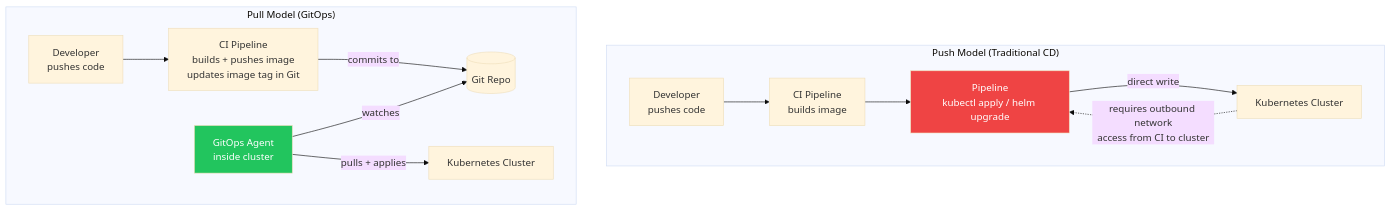
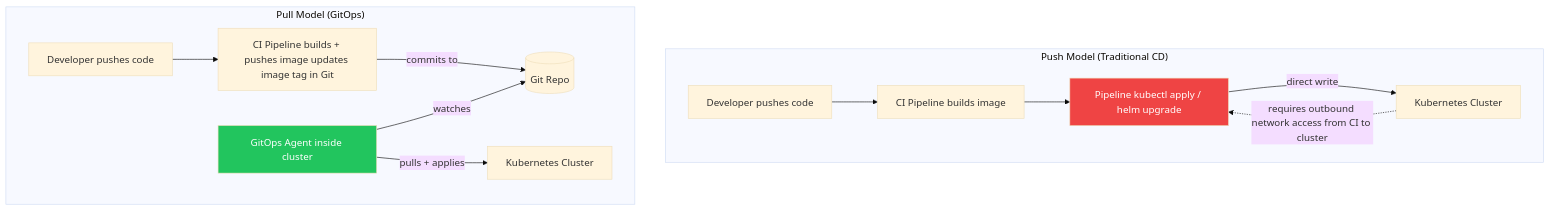
One commit to UncleJS/course_k3s changed the second of 4 diagrams in 11_gitops/01_gitops_concepts.md. Above: the diagram before and after it, drawn with Mermaid (base theme). The commit also changed other lines of this file and 57 other files, not shown here.

````diff
--- a/11_gitops/01_gitops_concepts.md
+++ b/11_gitops/01_gitops_concepts.md
@@ -96,21 +96,21 @@
 ```mermaid
 flowchart TD
     subgraph Push["Push Model (Traditional CD)"]
         direction LR
-        DEV1[Developer\npushes code] --> CI1[CI Pipeline\nbuilds image]
-        CI1 --> PUSH[Pipeline\nkubectl apply / helm upgrade]
+        DEV1[Developer pushes code] --> CI1[CI Pipeline builds image]
+        CI1 --> PUSH[Pipeline kubectl apply / helm upgrade]
         PUSH -->|direct write| K8S1[Kubernetes Cluster]
-        K8S1 -.->|requires outbound network\naccess from CI to cluster| PUSH
+        K8S1 -.->|requires outbound network access from CI to cluster| PUSH
     end
 
     subgraph Pull["Pull Model (GitOps)"]
         direction LR
-        DEV2[Developer\npushes code] --> CI2[CI Pipeline\nbuilds + pushes image\nupdates image tag in Git]
+        DEV2[Developer pushes code] --> CI2[CI Pipeline builds + pushes image updates image tag in Git]
         CI2 -->|commits to| REPO[(Git Repo)]
-        AGENT[GitOps Agent\ninside cluster] -->|watches| REPO
+        AGENT[GitOps Agent inside cluster] -->|watches| REPO
         AGENT -->|pulls + applies| K8S2[Kubernetes Cluster]
     end
 
     style PUSH fill:#ef4444,color:#fff
     style AGENT fill:#22c55e,color:#fff
 ```
````
